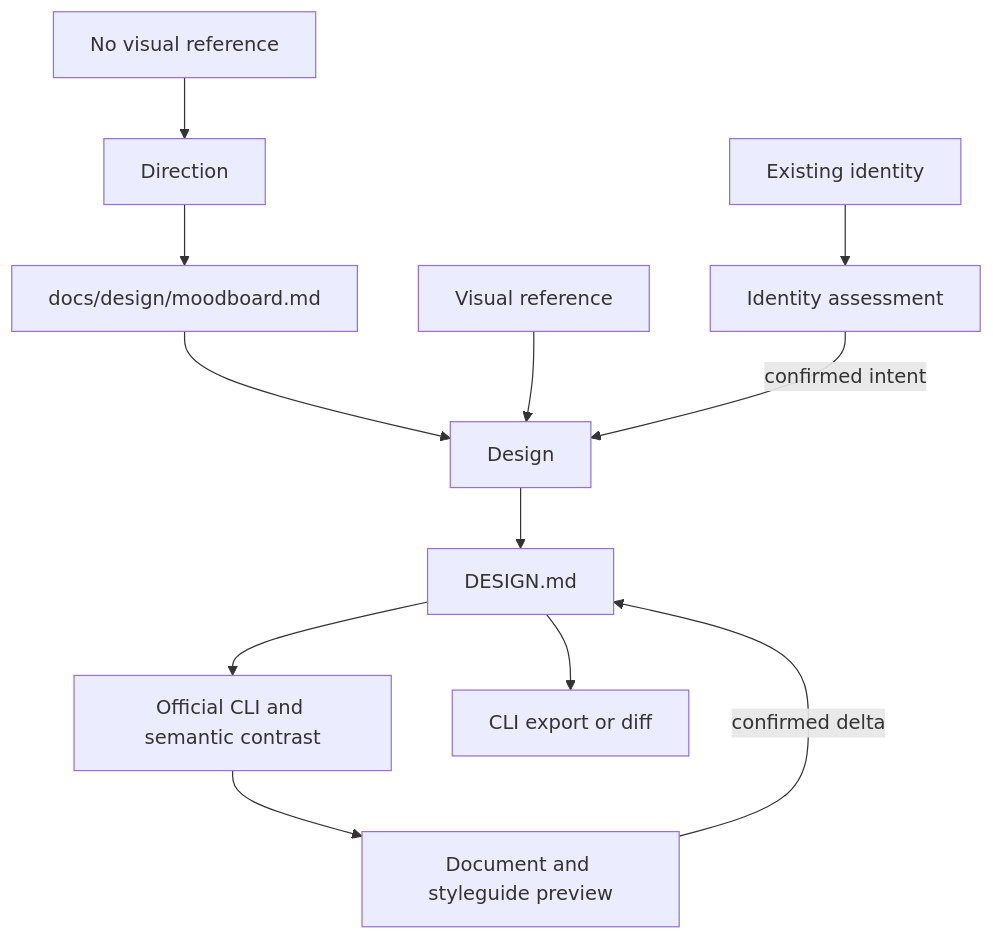
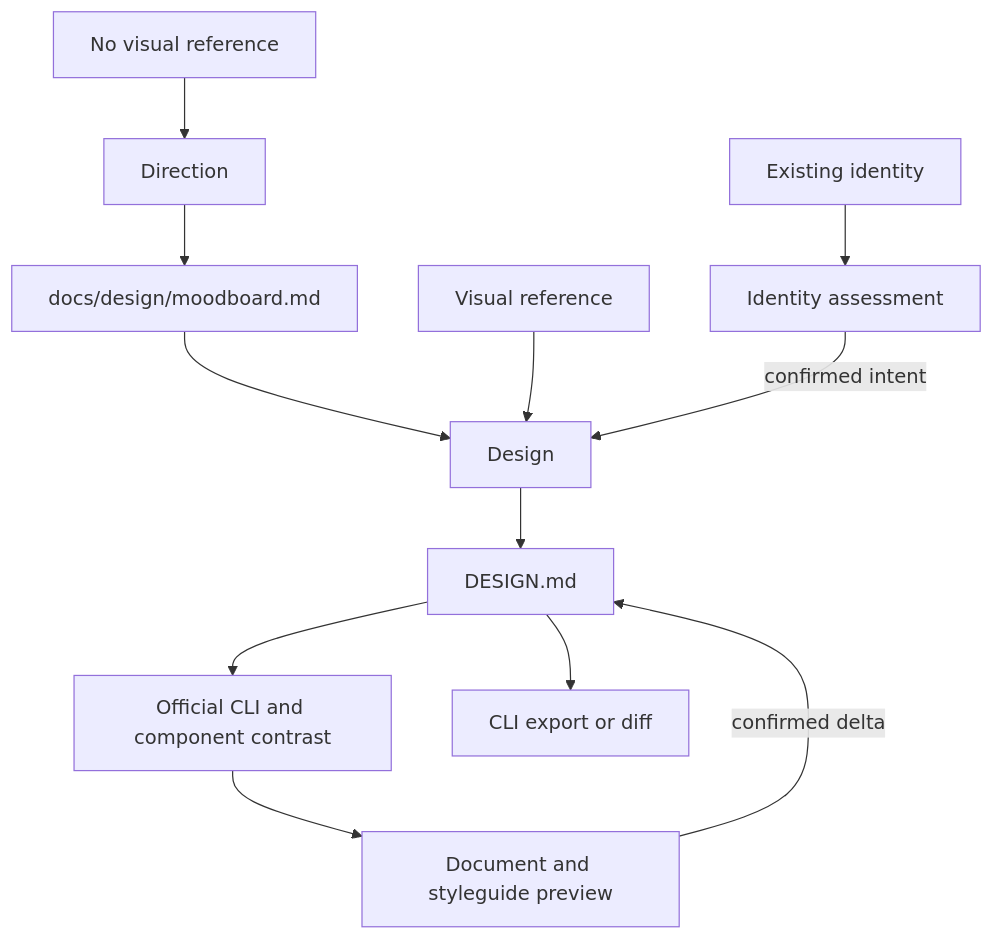
One commit to adeonir/agent-skills changed the diagram in skills/product/design-brief/README.md. Above: the diagram before and after it, drawn with Mermaid. The commit also changed other lines of this file and 5 other files, not shown here.

First line of the commit message:
refactor(design-brief): check contrast only through component pairs

````diff
--- a/skills/product/design-brief/README.md
+++ b/skills/product/design-brief/README.md
@@ -13,14 +13,14 @@
 ```mermaid
 flowchart TD
     A[No visual reference] --> D[Direction]
     D --> M[docs/design/moodboard.md]
     M --> W[Design]
     B[Visual reference] --> W
     C[Existing identity] --> I[Identity assessment]
     I -->|confirmed intent| W
     W --> R[DESIGN.md]
-    R --> V[Official CLI and semantic contrast]
+    R --> V[Official CLI and component contrast]
     V --> P[Document and styleguide preview]
     P -->|confirmed delta| R
     R --> E[CLI export or diff]
 ```
````
